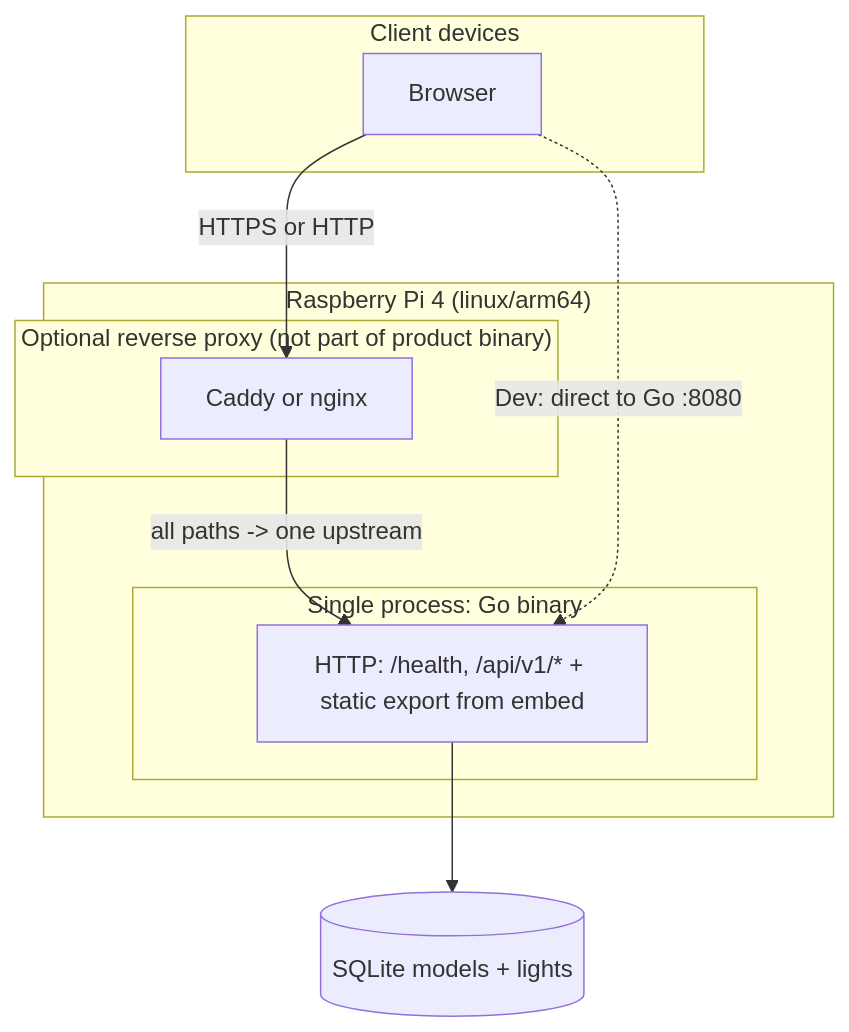
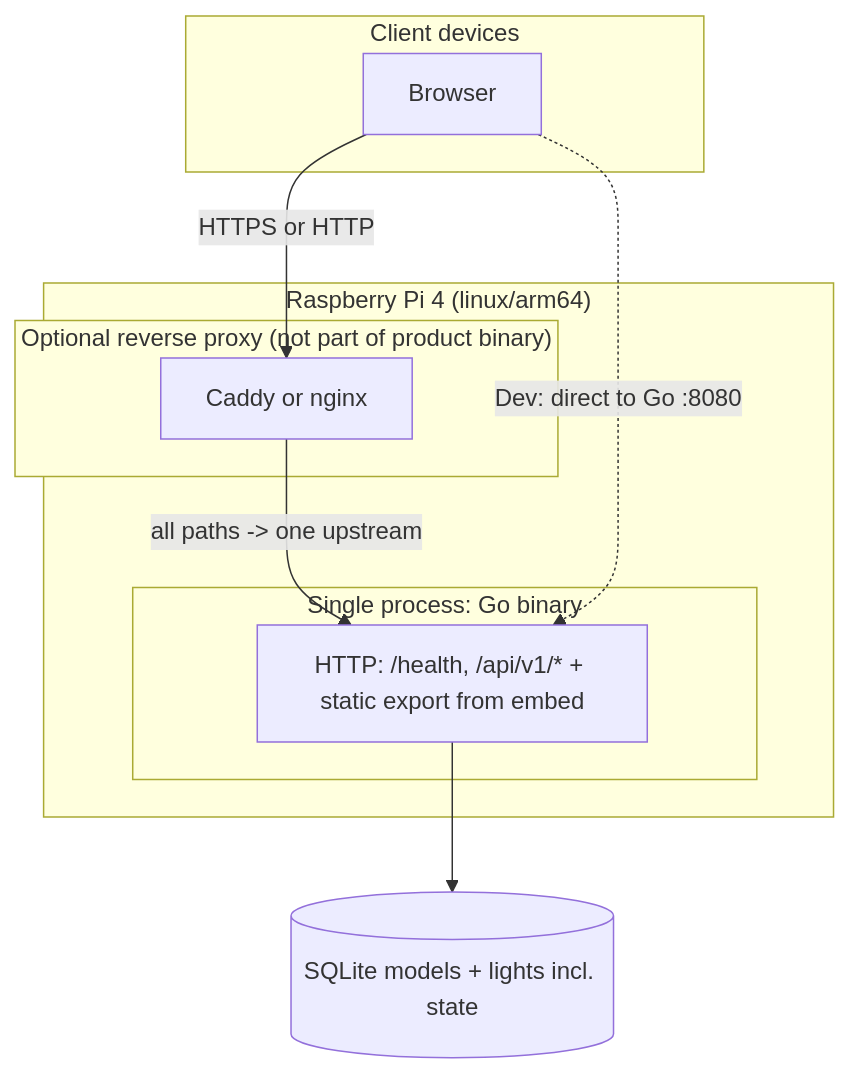
One commit to mudged/dlm changed the first of 8 diagrams in docs/architecture.md. Above: the diagram before and after it, drawn with Mermaid. The commit also changed other lines of this file and 15 other files, not shown here.

````diff
--- a/docs/architecture.md
+++ b/docs/architecture.md
@@ -321,20 +361,20 @@
 ```mermaid
 flowchart TB
   subgraph client["Client devices"]
     B[Browser]
   end
 
   subgraph pi["Raspberry Pi 4 (linux/arm64)"]
     subgraph edge["Optional reverse proxy (not part of product binary)"]
       P[Caddy or nginx]
     end
     subgraph app["Single process: Go binary"]
       G["HTTP: /health, /api/v1/* + static export from embed"]
     end
   end
 
   B -->|"HTTPS or HTTP"| P
   P -->|"all paths -> one upstream"| G
   B -.->|"Dev: direct to Go :8080"| G
-  G --> DB[(SQLite models + lights)]
+  G --> DB[(SQLite models + lights incl. state)]
 ```
````
